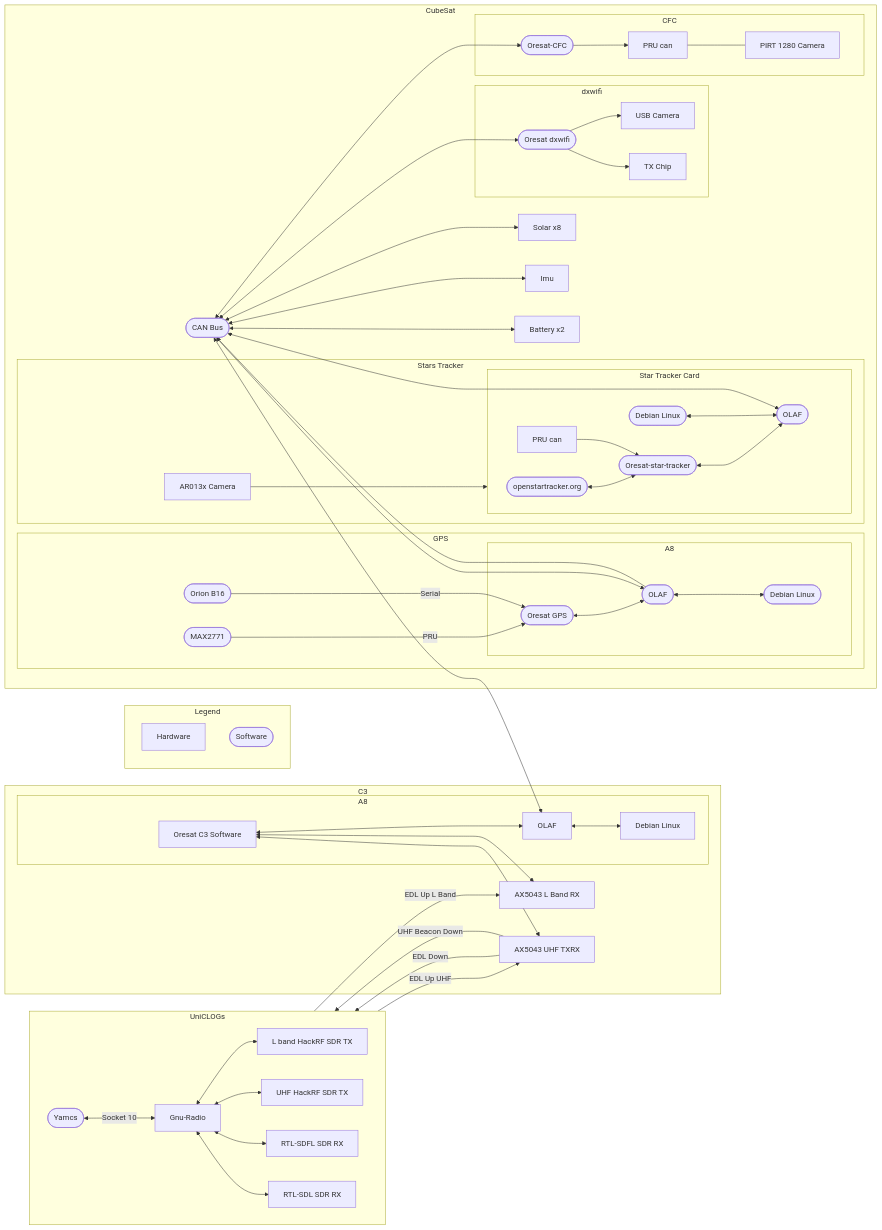
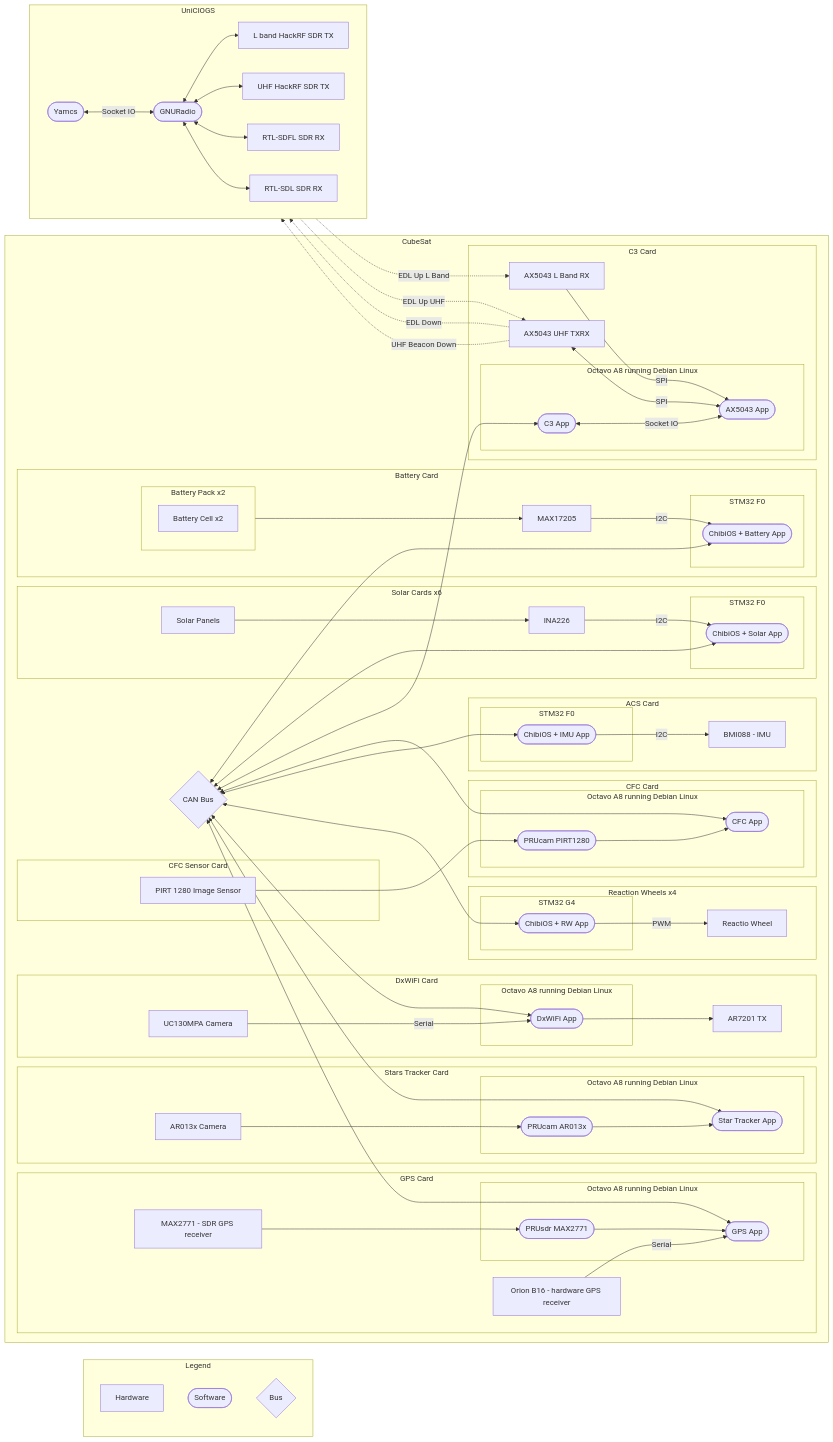
The diagram in docs/pages/hdl.rst (oresat/oresat-software-docs), drawn with Mermaid before and after one commit. The commit also changed 1 other file, not shown here.

Commit message:
bunch of hdl diagram updates

```diff
--- a/docs/pages/hdl.rst
+++ b/docs/pages/hdl.rst
@@ -5,16 +5,144 @@
 .. mermaid::
 
     flowchart LR
+
         subgraph legend [Legend]
             node_hardware[Hardware]
             node_software([Software])
+            node_bus{Bus}
         end
 
-        bus([CAN Bus])
+        subgraph oresat[CubeSat]
 
-        subgraph GroundStation [UniCLOGs]
+            subgraph c3_card[C3 Card]
+                radio1[AX5043 L Band RX]
+                radio2[AX5043 UHF TXRX]
+
+                subgraph c3_a8[Octavo A8 running Debian Linux]
+                    c3_app([C3 App])
+                    ax5043_app([AX5043 App])
+                end
+
+                c3_app <--> |Socket IO| ax5043_app
+                radio1 --> |SPI| ax5043_app
+                radio2 <--> |SPI| ax5043_app
+            end
+
+            subgraph gps_card[GPS Card]
+                gps_chip1[MAX2771 - SDR GPS receiver]
+                gps_chip2[Orion B16 - hardware GPS receiver]
+
+                subgraph gps_a8[Octavo A8 running Debian Linux]
+                    gps_app([GPS App])
+                    gps_prusdr([PRUsdr MAX2771])
+                end
+
+                gps_chip1 --> gps_prusdr
+                gps_chip2 --> |Serial| gps_app
+                gps_prusdr --> gps_app
+            end
+
+            subgraph st_card[Stars Tracker Card]
+                st_cam[AR013x Camera]
+
+                subgraph st_a8[Octavo A8 running Debian Linux]
+                    st_app([Star Tracker App])
+                    st_prucam([PRUcam AR013x])
+                end
+
+                st_cam --> st_prucam
+                st_prucam --> st_app
+            end
+
+            subgraph dxwifi_card[DxWiFi Card]
+                dxwifi_cam[UC130MPA Camera]
+                dxwifi_tx[AR7201 TX]
+
+                subgraph dxwifi_a8[Octavo A8 running Debian Linux]
+                    dxwifi_app([DxWiFi App])
+                end
+
+                dxwifi_cam --> |Serial| dxwifi_app
+                dxwifi_app --> dxwifi_tx
+            end
+
+            subgraph cfc_sensor_card[CFC Sensor Card]
+                cfc_cam[PIRT 1280 Image Sensor]
+            end
+
+            subgraph cfc_card[CFC Card]
+                subgraph cfc_a8[Octavo A8 running Debian Linux]
+                    cfc_app([CFC App])
+                    cfc_prucam([PRUcam PIRT1280])
+                end
+
+                cfc_cam --> cfc_prucam
+                cfc_prucam --> cfc_app
+            end
+
+            subgraph solar_card[Solar Cards x6]
+                solar_panel[Solar Panels]
+                solar_chip[INA226]
+
+                subgraph  solar_stm[STM32 F0]
+                    solar_app([ChibiOS + Solar App])
+                end
+
+                solar_panel --> solar_chip
+                solar_chip --> |I2C| solar_app
+            end
+
+            subgraph  rw_asm[Reaction Wheels x4]
+                rw[Reactio Wheel]
+
+                subgraph  rw_stm[STM32 G4]
+                    rw_app([ChibiOS + RW App])
+                end
+
+                rw_app --> |PWM| rw
+            end
+
+            subgraph acs_card[ACS Card]
+                imu[BMI088 - IMU]
+
+                subgraph  acs_stm[STM32 F0]
+                    acs_app([ChibiOS + IMU App])
+                end
+
+                acs_app --> |I2C| imu
+            end
+
+            subgraph bat_card[Battery Card]
+                subgraph  bat_pack[Battery Pack x2]
+                    bat_cell[Battery Cell x2]
+                end
+                
+                bat_chip[MAX17205]
+
+                subgraph  bat_stm[STM32 F0]
+                    bat_app([ChibiOS + Battery App])
+                end
+
+                bat_pack --> bat_chip
+                bat_chip --> |I2C| bat_app
+            end
+
+            bus{CAN Bus}
+
+            bus <--> c3_app
+            bus <--> gps_app
+            bus <--> st_app
+            bus <--> dxwifi_app
+            bus <--> cfc_app
+            bus <--> solar_app
+            bus <--> acs_app
+            bus <--> bat_app
+            bus <--> rw_app
+        end
+
+        subgraph GroundStation [UniClOGS]
             direction LR
-            gnu[Gnu-Radio]
+            gnu([GNURadio])
             server1([Yamcs])
 
             band1[L band HackRF SDR TX]
@@ -22,7 +150,7 @@
             band3[RTL-SDFL SDR RX]
             band4[RTL-SDL SDR RX]
 
-            server1 <--> |Socket 10| gnu
+            server1 <--> |Socket IO| gnu
 
             gnu <--> band1
             gnu <--> band2
@@ -31,94 +159,7 @@
 
         end
 
-        subgraph controller[C3]
-            subgraph c_a8[A8]
-                app1[Oresat C3 Software]
-                c3_olaf[OLAF]
-                c3_os[Debian Linux]
-            end
-
-            chip1[AX5043 L Band RX]
-            chip2[AX5043 UHF TXRX]
-
-            app1 <--> chip1
-            app1 <--> chip2
-
-            app1 <--> c3_olaf <--> c3_os
-        end
-
-        band1 -->|EDL Up L Band| chip1
-        band2 -->|EDL Up UHF| chip2
-        chip2 -->|EDL Down| band3
-        chip2 --> |UHF Beacon Down| band4
-
-        subgraph oresat[CubeSat]
-            subgraph card1[GPS]
-                subgraph a8[A8]
-                    app3([Oresat GPS])
-                    gps_olaf([OLAF])
-                    gps_os([Debian Linux])
-
-                    app3 <--> gps_olaf
-                    gps_olaf <--> gps_os
-                end
-                gps_hardware1([MAX2771])
-                gps_hardward2([Orion B16])
-            end
-
-            gps_olaf --> bus
-            gps_hardware1 --> |PRU| app3
-            gps_hardward2 --> |Serial| app3
-
-            subgraph card2[Stars Tracker]
-                chip4[AR013x Camera]
-
-                subgraph st_card[Star Tracker Card]
-                    st_app([openstartracker.org])
-                    app4([Oresat-star-tracker])
-                    st_olaf([OLAF])
-                    st_os([Debian Linux])
-                    app5[PRU can]
-                end
-
-                chip4 --> st_card
-            end
-
-            app4 <--> st_olaf
-            st_os <--> st_olaf
-            st_app <--> app4
-            app5 --> app4
-
-
-            subgraph card3[dxwifi]
-                app6([Oresat dxwifi])
-                chip5[USB Camera]
-                chip6[TX Chip]
-
-                app6-->chip5
-                app6-->chip6
-            end
-
-            subgraph card4[CFC]
-                app7([Oresat-CFC])
-                app8[PRU can]
-                chip7[PIRT 1280 Camera]
-            end
-
-            app7-->app8---chip7
-
-            chip8[Solar x8]
-            chip9[Imu]
-            chip10[Battery x2]
-
-
-        end
-
-        bus <--> c3_olaf
-        bus<-->gps_olaf
-        bus <--> st_olaf
-        bus<-->app6
-        bus<-->app7
-        bus<-->chip8
-        bus<-->chip9
-        bus<-->chip10
+        band1 -.-> |EDL Up L Band| radio1
+        band2 -.-> |EDL Up UHF| radio2
+        radio2 -.-> |EDL Down| band3
+        radio2 -.-> |UHF Beacon Down| band4
```
